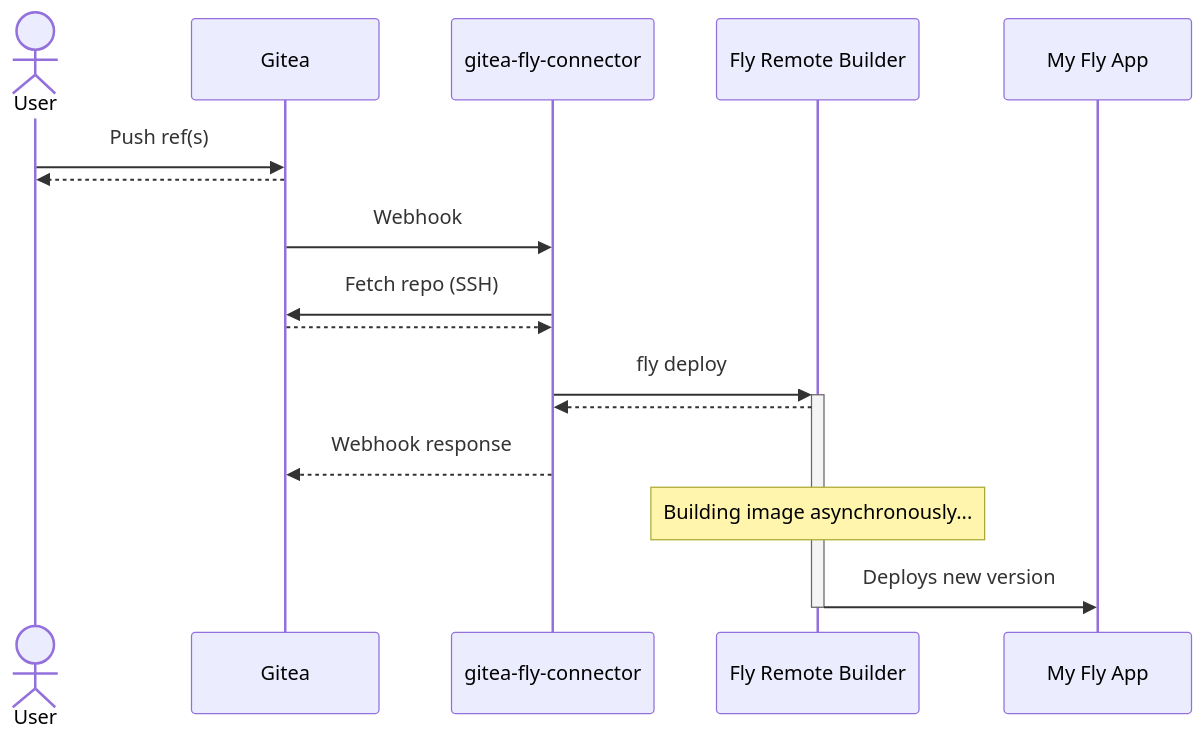
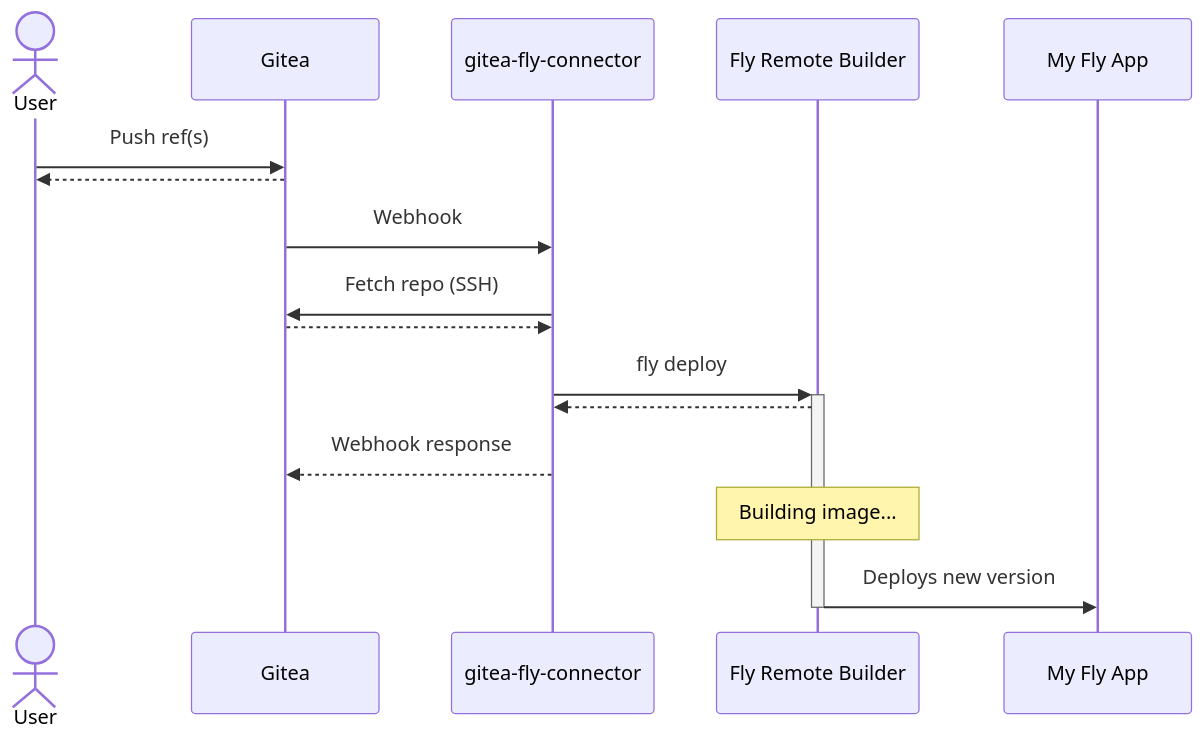
The diagram in README.md (luketurner/gitea-fly-connector), drawn with Mermaid before and after one commit.

Commit message:
update sequence diagram to fix render issue in gh

````diff
--- a/README.md
+++ b/README.md
@@ -189,18 +189,18 @@
 ```mermaid
 sequenceDiagram
    actor User
    participant Gitea
    participant GFC as gitea-fly-connector
    participant FlyB as Fly Remote Builder
    participant Fly as My Fly App
    User->>Gitea: Push ref(s)
    Gitea-->>User: 
    Gitea->>GFC: Webhook
    GFC->>Gitea: Fetch repo (SSH)
    Gitea-->>GFC: 
    GFC->>+FlyB: fly deploy
    FlyB-->>GFC: 
    GFC-->>Gitea: Webhook response
-   Note over FlyB: Building image asynchronously...
+   Note over FlyB: Building image...
    FlyB->>-Fly: Deploys new version
 ```
````
